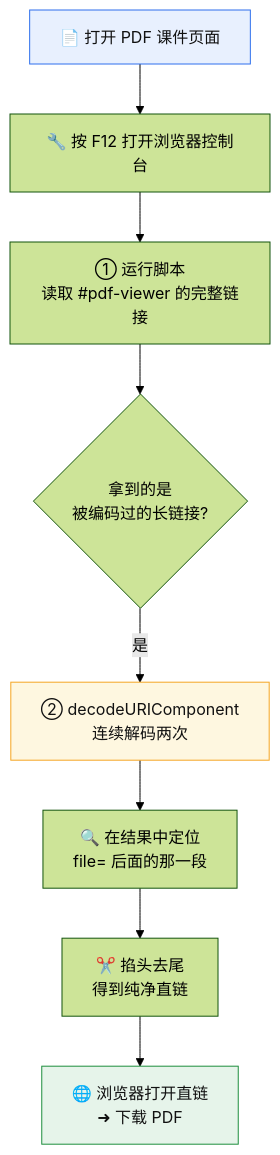
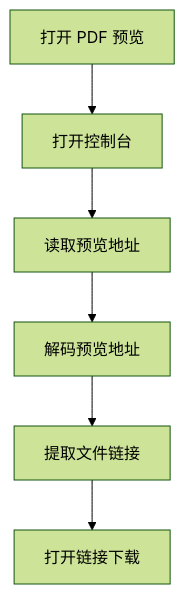
The diagram in README.md (chillboy67/ahmu-pdf-download), drawn with Mermaid (forest theme) before and after one commit.

Commit message:
Improve flowcharts for narrow screens

````diff
--- a/README.md
+++ b/README.md
@@ -63,14 +63,8 @@
 ```mermaid
 flowchart TD
-    A["📄 打开 PDF 课件页面"] --> B["🔧 按 F12 打开浏览器控制台"]
-    B --> C["① 运行脚本<br/>读取 #pdf-viewer 的完整链接"]
-    C --> D{"拿到的是<br/>被编码过的长链接?"}
-    D -- "是" --> E["② decodeURIComponent<br/>连续解码两次"]
-    E --> F["🔍 在结果中定位<br/>file= 后面的那一段"]
-    F --> G["✂️ 掐头去尾<br/>得到纯净直链"]
-    G --> H["🌐 浏览器打开直链<br/>➜ 下载 PDF"]
-
-    style A fill:#e8f0fe,stroke:#2f6fed,color:#111
-    style H fill:#e6f4ea,stroke:#1e8e3e,color:#111
-    style E fill:#fef7e0,stroke:#f5a623,color:#111
+    A["打开 PDF 预览"] --> B["打开控制台"]
+    B --> C["读取预览地址"]
+    C --> D["解码预览地址"]
+    D --> E["提取文件链接"]
+    E --> F["打开链接下载"]
 ```
````
